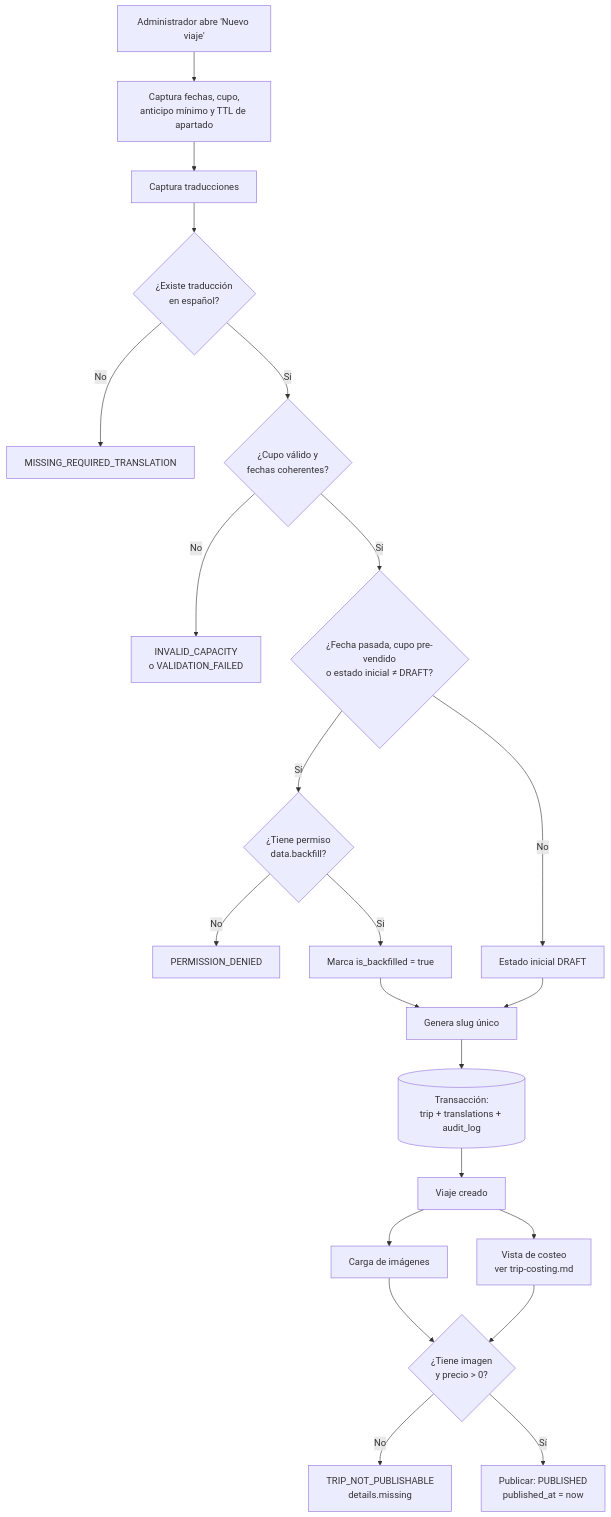
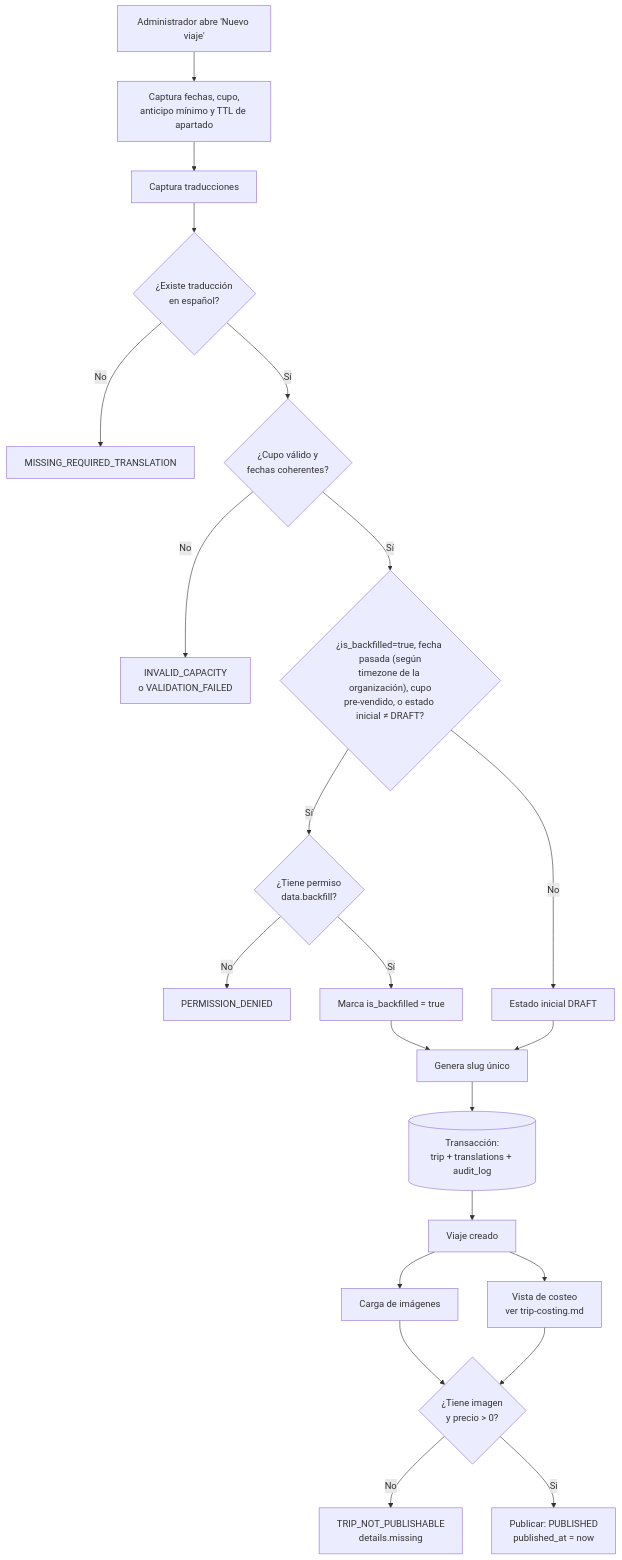
One commit to erickgs2/ruta_mochilera changed the first of 2 diagrams in docs/diagrams/trip-creation.md. Above: the diagram before and after it, drawn with Mermaid. The commit also changed 5 other files, not shown here.

````diff
--- a/docs/diagrams/trip-creation.md
+++ b/docs/diagrams/trip-creation.md
@@ -3,24 +3,24 @@
 ```mermaid
 flowchart TD
     A[Administrador abre 'Nuevo viaje'] --> B[Captura fechas, cupo,<br/>anticipo mínimo y TTL de apartado]
     B --> C[Captura traducciones]
     C --> D{¿Existe traducción<br/>en español?}
     D -- No --> E[MISSING_REQUIRED_TRANSLATION]
     D -- Sí --> F{¿Cupo válido y<br/>fechas coherentes?}
     F -- No --> G[INVALID_CAPACITY<br/>o VALIDATION_FAILED]
-    F -- Sí --> H{¿Fecha pasada, cupo pre-vendido<br/>o estado inicial ≠ DRAFT?}
+    F -- Sí --> H{"¿is_backfilled=true, fecha pasada (según<br/>timezone de la organización), cupo<br/>pre-vendido, o estado inicial ≠ DRAFT?"}
     H -- Sí --> I{¿Tiene permiso<br/>data.backfill?}
     I -- No --> J[PERMISSION_DENIED]
     I -- Sí --> K[Marca is_backfilled = true]
     H -- No --> L[Estado inicial DRAFT]
     K --> M[Genera slug único]
     L --> M
     M --> N[(Transacción:<br/>trip + translations + audit_log)]
     N --> O[Viaje creado]
     O --> P[Carga de imágenes]
     O --> Q[Vista de costeo<br/>ver trip-costing.md]
-    P --> R{¿Tiene imagen<br/>y precio > 0?}
+    P --> R{"¿Tiene imagen<br/>y precio > 0?"}
     Q --> R
     R -- No --> S[TRIP_NOT_PUBLISHABLE<br/>details.missing]
     R -- Sí --> T[Publicar: PUBLISHED<br/>published_at = now]
 ```
````
